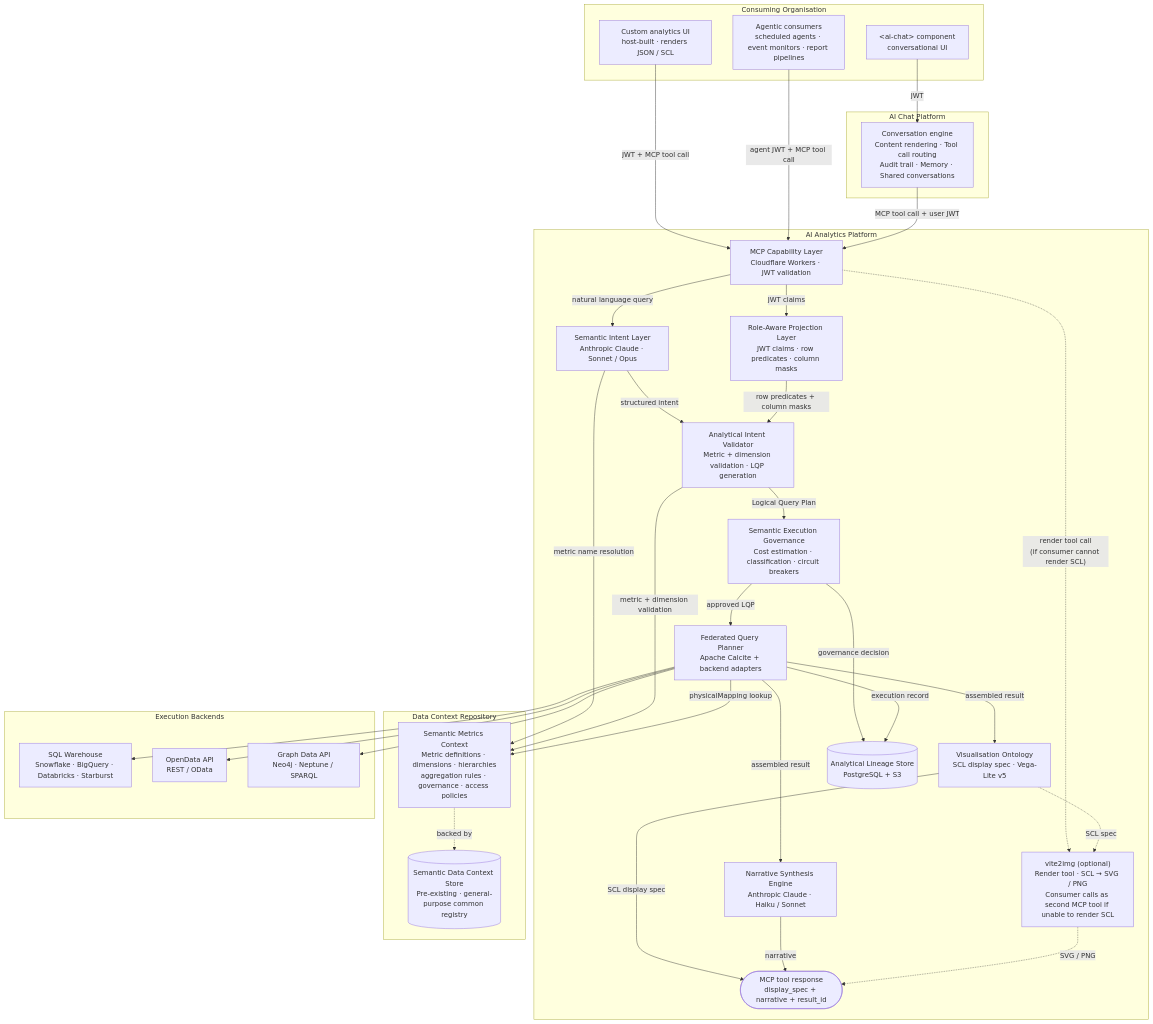
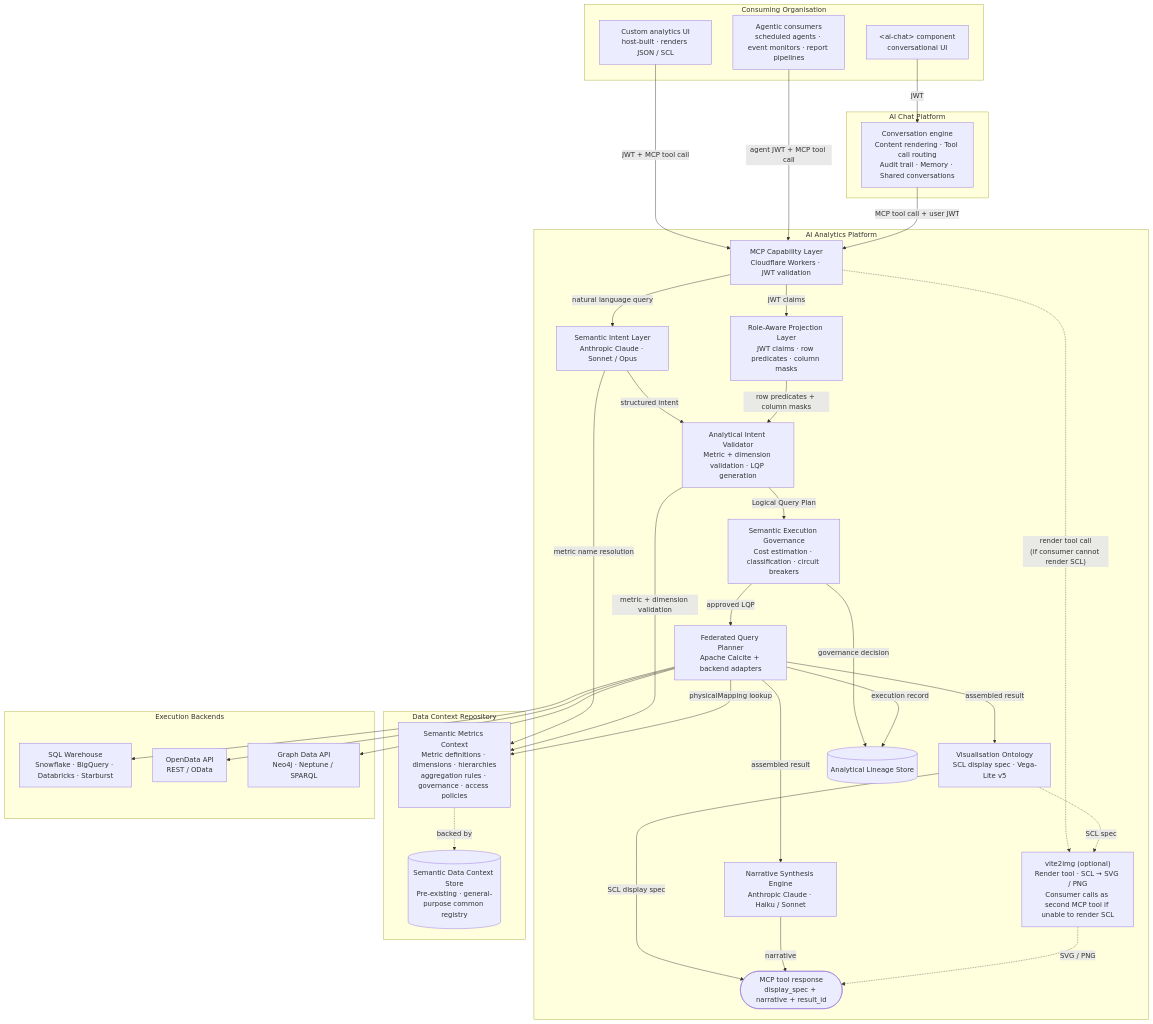
Before and after one commit to M-A-Operating-System/shared-work: the second of 2 diagrams in docs/product/analytics/00-overview.md, drawn with Mermaid. The commit also changed 1 other file, not shown here.

Commit message:
docs(analytics): remove PostgreSQL stack label from Lineage Store diagram nodes
https://claude.ai/code/session_017FLHkPvMBXAA7SKHrDbLDn

````diff
--- a/docs/product/analytics/00-overview.md
+++ b/docs/product/analytics/00-overview.md
@@ -311,62 +311,62 @@
 ```mermaid
 flowchart TD
     subgraph org["Consuming Organisation"]
         ChatComp["&lt;ai-chat&gt; component\nconversational UI"]
         CustomUI["Custom analytics UI\nhost-built · renders JSON / SCL"]
         Agents["Agentic consumers\nscheduled agents · event monitors · report pipelines"]
     end
 
     subgraph aichat["AI Chat Platform"]
         ChatEngine["Conversation engine\nContent rendering · Tool call routing\nAudit trail · Memory · Shared conversations"]
     end
 
     subgraph analytics["AI Analytics Platform"]
         MCP["MCP Capability Layer\nCloudflare Workers · JWT validation"]
         SIL["Semantic Intent Layer\nAnthropic Claude · Sonnet / Opus"]
         RAPL["Role-Aware Projection Layer\nJWT claims · row predicates · column masks"]
         AIV["Analytical Intent Validator\nMetric + dimension validation · LQP generation"]
         SEG["Semantic Execution Governance\nCost estimation · classification · circuit breakers"]
         FQP["Federated Query Planner\nApache Calcite + backend adapters"]
         VO["Visualisation Ontology\nSCL display spec · Vega-Lite v5"]
         NSE["Narrative Synthesis Engine\nAnthropic Claude · Haiku / Sonnet"]
-        LS[("Analytical Lineage Store\nPostgreSQL + S3")]
+        LS[("Analytical Lineage Store")]
         vite2img["vite2img (optional)\nRender tool · SCL → SVG / PNG\nConsumer calls as second MCP tool if unable to render SCL"]
         Result(["MCP tool response\ndisplay_spec + narrative + result_id"])
     end
 
     subgraph dcr["Data Context Repository"]
         SMC["Semantic Metrics Context\nMetric definitions · dimensions · hierarchies\naggregation rules · governance · access policies"]
         DCS[("Semantic Data Context Store\nPre-existing · general-purpose common registry")]
         SMC -. backed by .-> DCS
     end
 
     subgraph backends["Execution Backends"]
         SQL["SQL Warehouse\nSnowflake · BigQuery · Databricks · Starburst"]
         ODA["OpenData API\nREST / OData"]
         GDA["Graph Data API\nNeo4j · Neptune / SPARQL"]
     end
 
     ChatComp -->|"JWT"| ChatEngine
     CustomUI -->|"JWT + MCP tool call"| MCP
     Agents -->|"agent JWT + MCP tool call"| MCP
     ChatEngine -->|"MCP tool call + user JWT"| MCP
     MCP -->|"natural language query"| SIL
     MCP -->|"JWT claims"| RAPL
     SIL -->|"metric name resolution"| SMC
     SIL -->|"structured intent"| AIV
     RAPL -->|"row predicates + column masks"| AIV
     AIV -->|"metric + dimension validation"| SMC
     AIV -->|"Logical Query Plan"| SEG
     SEG -->|"approved LQP"| FQP
     SEG -->|"governance decision"| LS
     FQP -->|"physicalMapping lookup"| SMC
     FQP --> SQL & ODA & GDA
     FQP -->|"execution record"| LS
     FQP -->|"assembled result"| VO
     FQP -->|"assembled result"| NSE
     VO -->|"SCL display spec"| Result
     NSE -->|"narrative"| Result
     MCP -. "render tool call\n(if consumer cannot render SCL)" .-> vite2img
     VO -. "SCL spec" .-> vite2img
     vite2img -. "SVG / PNG" .-> Result
 ```
````
